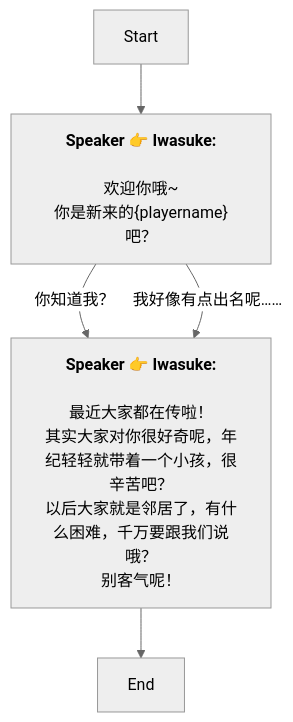
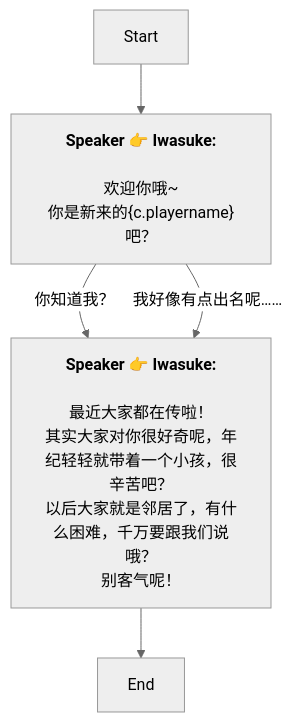
Before and after one commit to SoftHu/tos_avg: the diagram in Zh/AddDialogNode_1741892146552082.md, drawn with Mermaid (neutral theme). The commit also changed 410 other files, not shown here.

````diff
--- a/Zh/AddDialogNode_1741892146552082.md
+++ b/Zh/AddDialogNode_1741892146552082.md
@@ -1,16 +1,16 @@
 ```mermaid
 graph
 Start -->1741898957765939[<b>Speaker 👉 Iwasuke:</b>
 \n欢迎你哦~
-你是新来的&lbrace;playername&rbrace;吧？]
+你是新来的&lbrace;c.playername&rbrace;吧？]
 1741898957765939 -->|你知道我？|1741899380575545[<b>Speaker 👉 Iwasuke:</b>
 \n最近大家都在传啦！
 其实大家对你很好奇呢，年纪轻轻就带着一个小孩，很辛苦吧？\n以后大家就是邻居了，有什么困难，千万要跟我们说哦？
 别客气呢！]
 1741898957765939 -->|我好像有点出名呢……|1741899380575545[<b>Speaker 👉 Iwasuke:</b>
 \n最近大家都在传啦！
 其实大家对你很好奇呢，年纪轻轻就带着一个小孩，很辛苦吧？\n以后大家就是邻居了，有什么困难，千万要跟我们说哦？
 别客气呢！]
 1741899380575545 -->1741899588523322[End]
 
 ```
````
